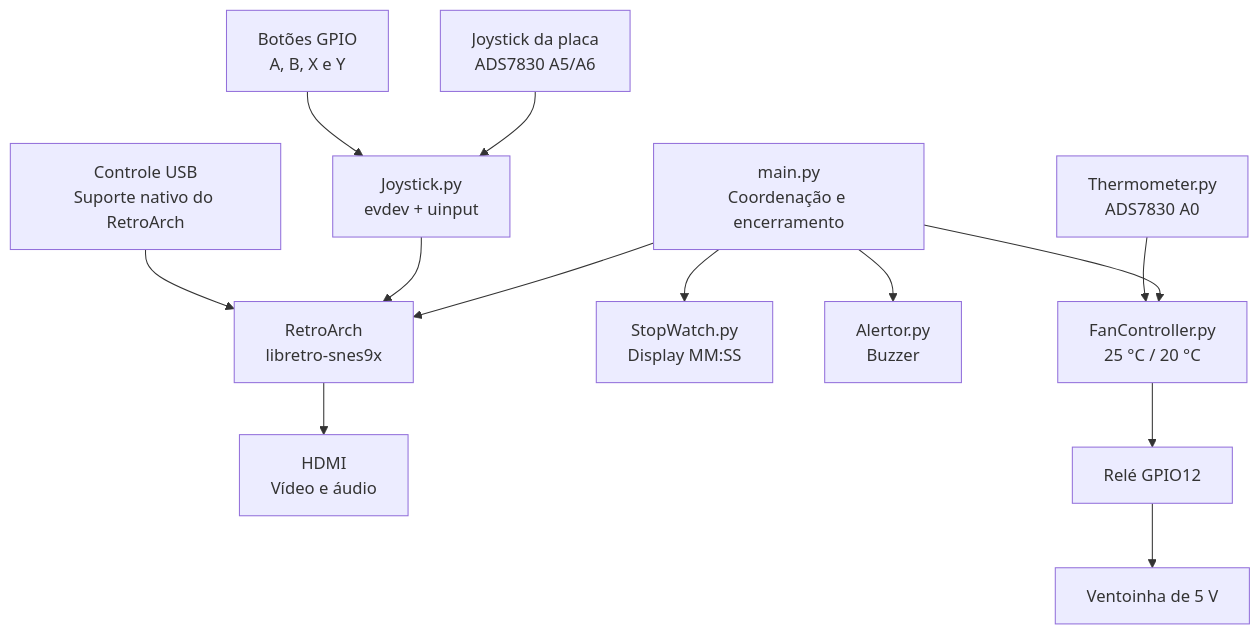
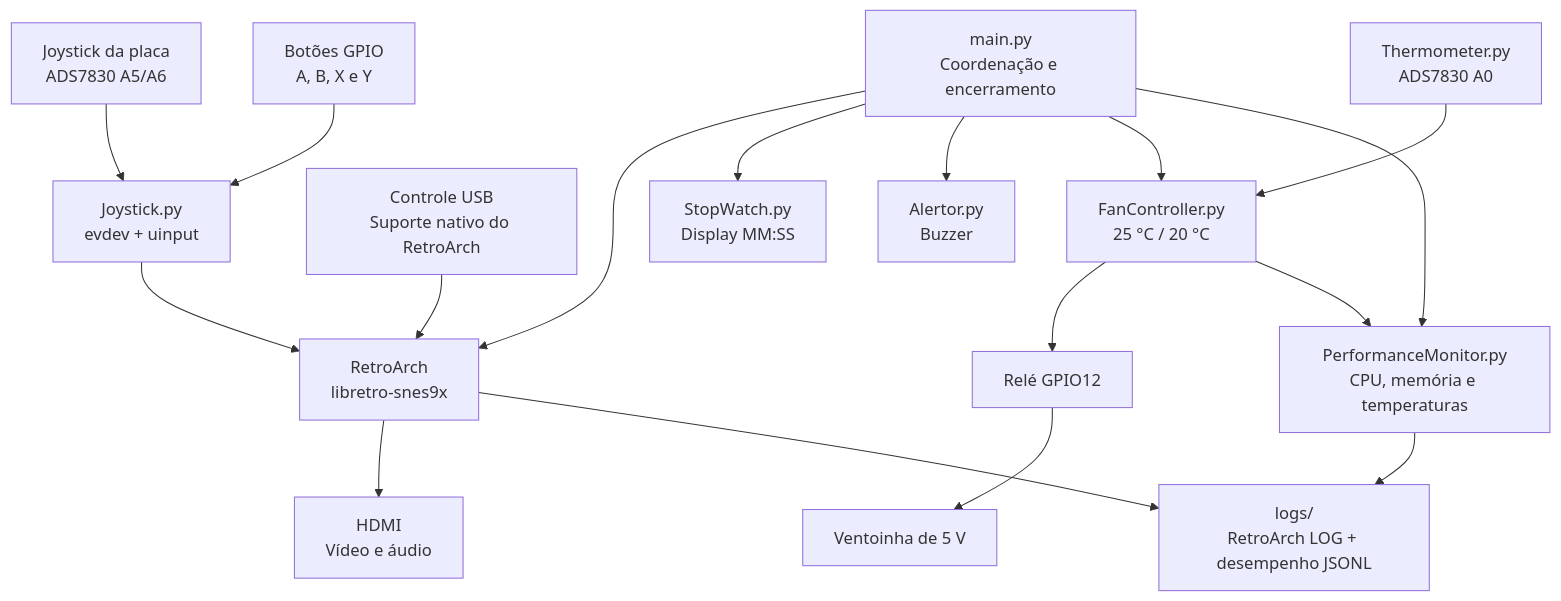
One commit to brunolima2696/labproc-projeto changed the diagram in docs/relatorio.md. Above: the diagram before and after it, drawn with Mermaid. The commit also changed other lines of this file and 10 other files, not shown here.

Commit message:
added performance monitor

````diff
--- a/docs/relatorio.md
+++ b/docs/relatorio.md
@@ -71,28 +73,34 @@
 ```mermaid
 flowchart TB
     M[main.py<br>Coordenação e encerramento]
     R[RetroArch<br>libretro-snes9x]
     H[HDMI<br>Vídeo e áudio]
 
     J[Joystick da placa<br>ADS7830 A5/A6]
     B[Botões GPIO<br>A, B, X e Y]
     V[Joystick.py<br>evdev + uinput]
     U[Controle USB<br>Suporte nativo do RetroArch]
 
     D[StopWatch.py<br>Display MM:SS]
     Z[Alertor.py<br>Buzzer]
 
     T[Thermometer.py<br>ADS7830 A0]
     F[FanController.py<br>25 °C / 20 °C]
     E[Relé GPIO12]
     C[Ventoinha de 5 V]
 
+    P[PerformanceMonitor.py<br>CPU, memória e temperaturas]
+    L[logs/<br>RetroArch LOG + desempenho JSONL]
+
     M --> R --> H
     J --> V
     B --> V --> R
     U --> R
     M --> D
     M --> Z
     M --> F
     T --> F --> E --> C
+    M --> P --> L
+    R --> L
+    F --> P
 ```
````
